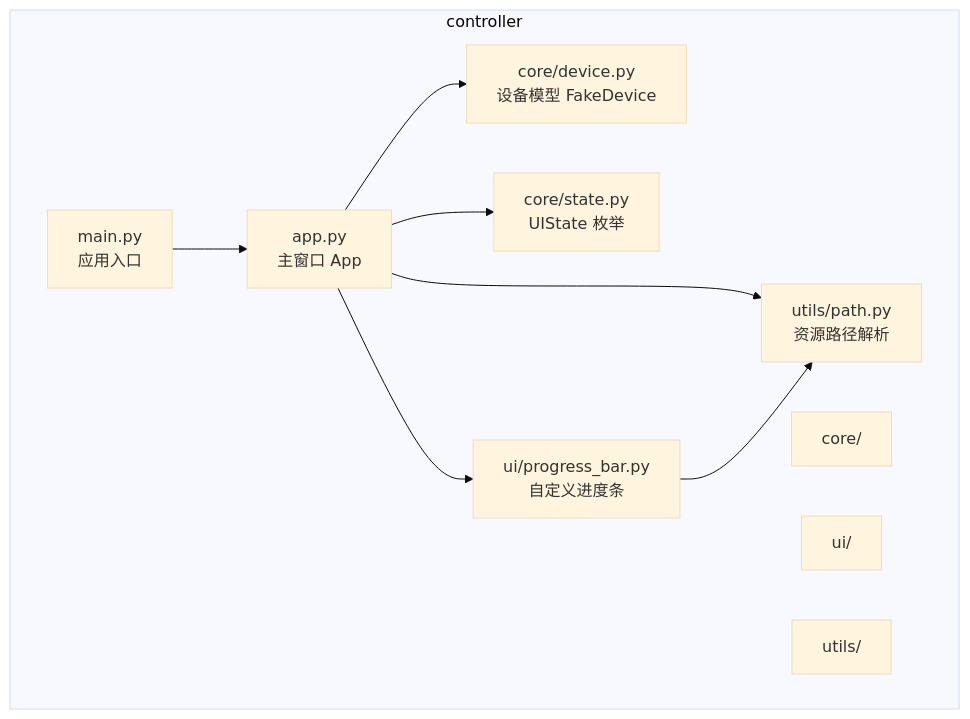
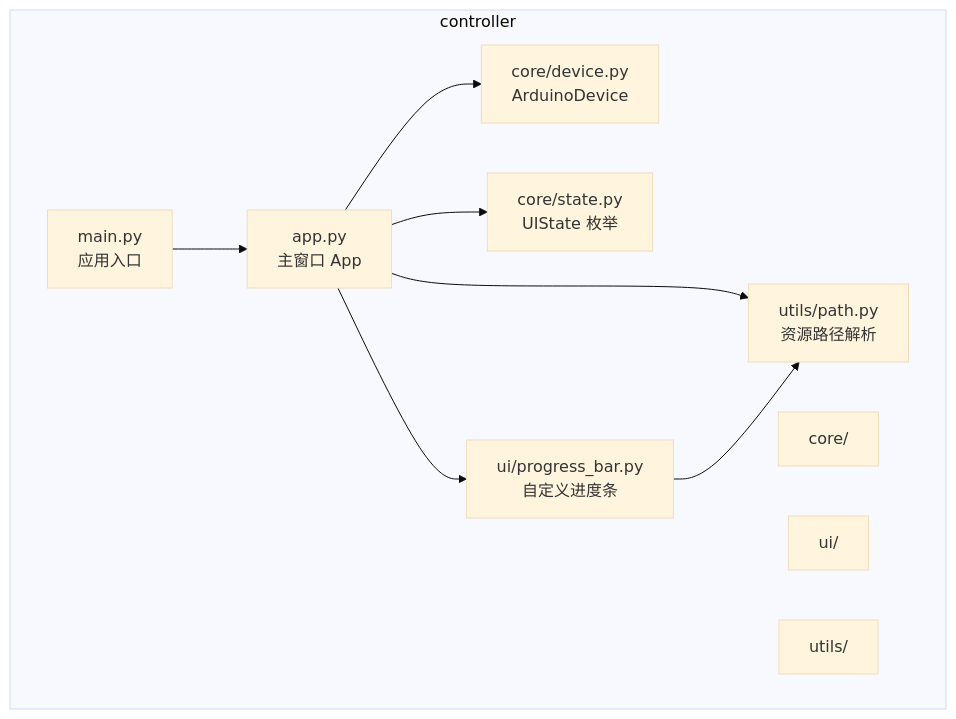
Before and after one commit to Hankun-P/wireless-keyboard-toy: the first of 9 diagrams in .qoder/repowiki/zh/content/桌面应用架构/桌面应用架构.md, drawn with Mermaid (base theme). The commit also changed other lines of this file and 11 other files, not shown here.

````diff
--- a/.qoder/repowiki/zh/content/桌面应用架构/桌面应用架构.md
+++ b/.qoder/repowiki/zh/content/桌面应用架构/桌面应用架构.md
@@ -43,20 +52,20 @@
 ```mermaid
 graph TB
 subgraph "controller"
 MAIN["main.py<br/>应用入口"]
 APP["app.py<br/>主窗口 App"]
 CORE["core/"]
-DEVICE["core/device.py<br/>设备模型 FakeDevice"]
+DEVICE["core/device.py<br/>ArduinoDevice"]
 STATE["core/state.py<br/>UIState 枚举"]
 UI["ui/"]
 PBAR["ui/progress_bar.py<br/>自定义进度条"]
 UTILS["utils/"]
 PATH["utils/path.py<br/>资源路径解析"]
 end
 MAIN --> APP
 APP --> DEVICE
 APP --> STATE
 APP --> PBAR
 APP --> PATH
 PBAR --> PATH
 ```
````
